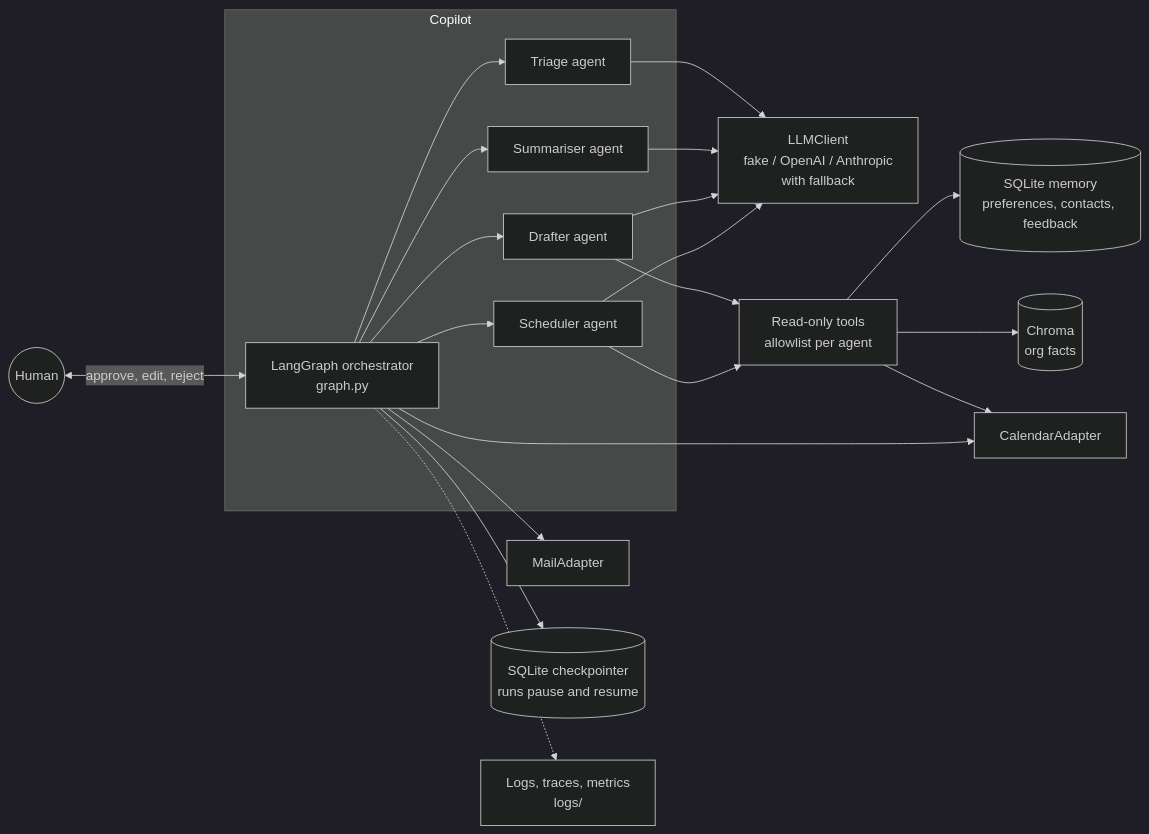
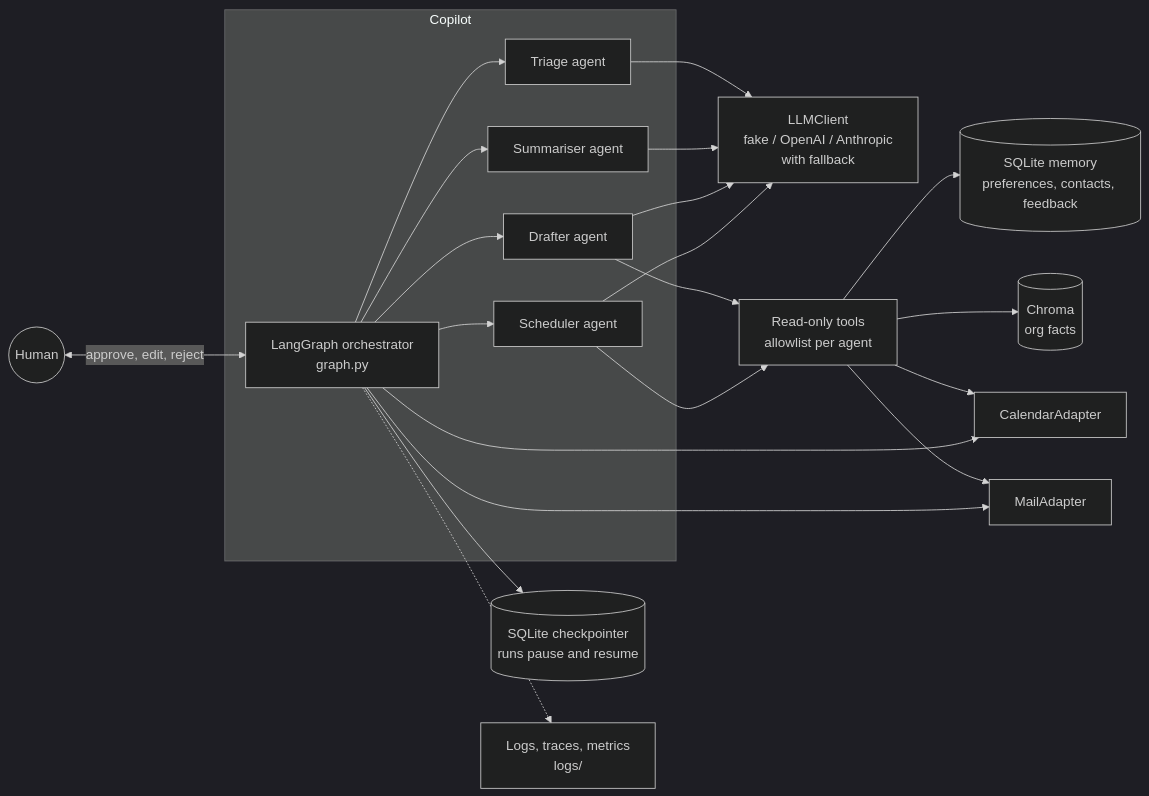
Before and after one commit to erlandek/betsson-email-copilot: the first of 2 diagrams in README.md, drawn with Mermaid (dark theme). The commit also changed other lines of this file, not shown here.

````diff
--- a/README.md
+++ b/README.md
@@ -44,21 +44,22 @@
 ```mermaid
 flowchart LR
     subgraph Copilot
         G[LangGraph orchestrator<br/>graph.py]
         T[Triage agent]
         S[Summariser agent]
         D[Drafter agent]
         K[Scheduler agent]
         G --> T & S & D & K
     end
     T & S & D & K --> L[LLMClient<br/>fake / OpenAI / Anthropic<br/>with fallback]
     D & K --> TL[Read-only tools<br/>allowlist per agent]
     TL --> MEM[(SQLite memory<br/>preferences, contacts, feedback)]
     TL --> KB[(Chroma<br/>org facts)]
     TL --> CAL[CalendarAdapter]
-    G --> MAIL[MailAdapter]
+    TL --> MAIL[MailAdapter]
+    G --> MAIL
     G --> CAL
     G --> CP[(SQLite checkpointer<br/>runs pause and resume)]
     H((Human)) <-->|approve, edit, reject| G
     G -.-> OBS[Logs, traces, metrics<br/>logs/]
 ```
````
